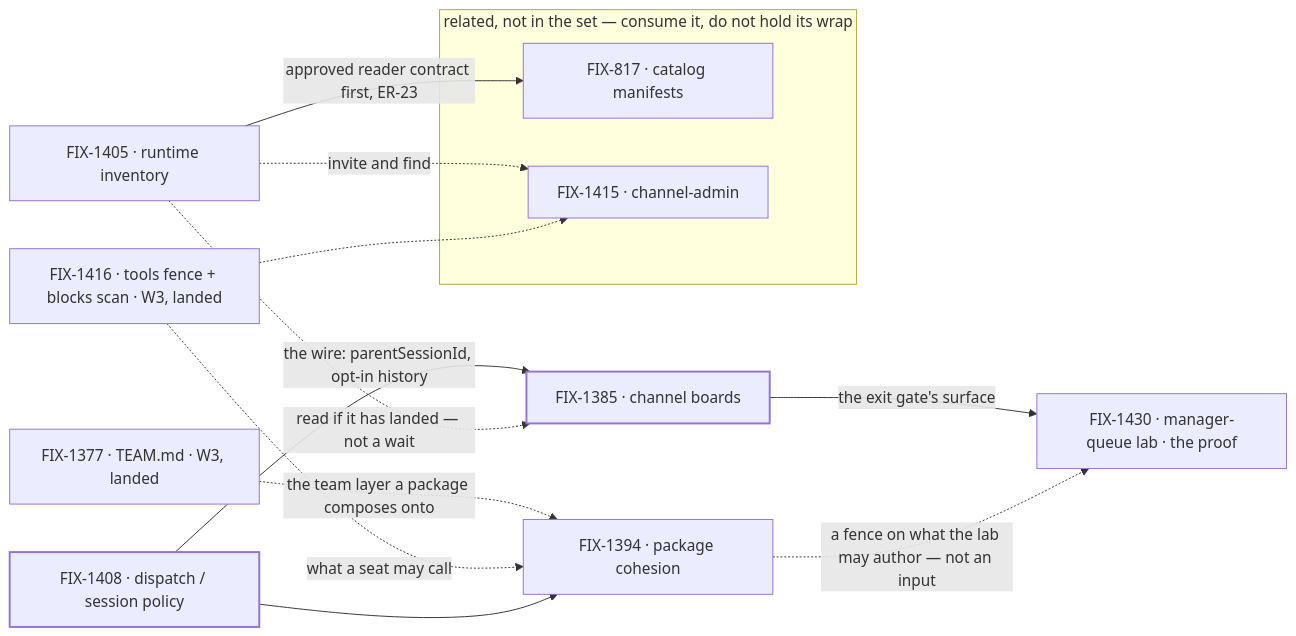
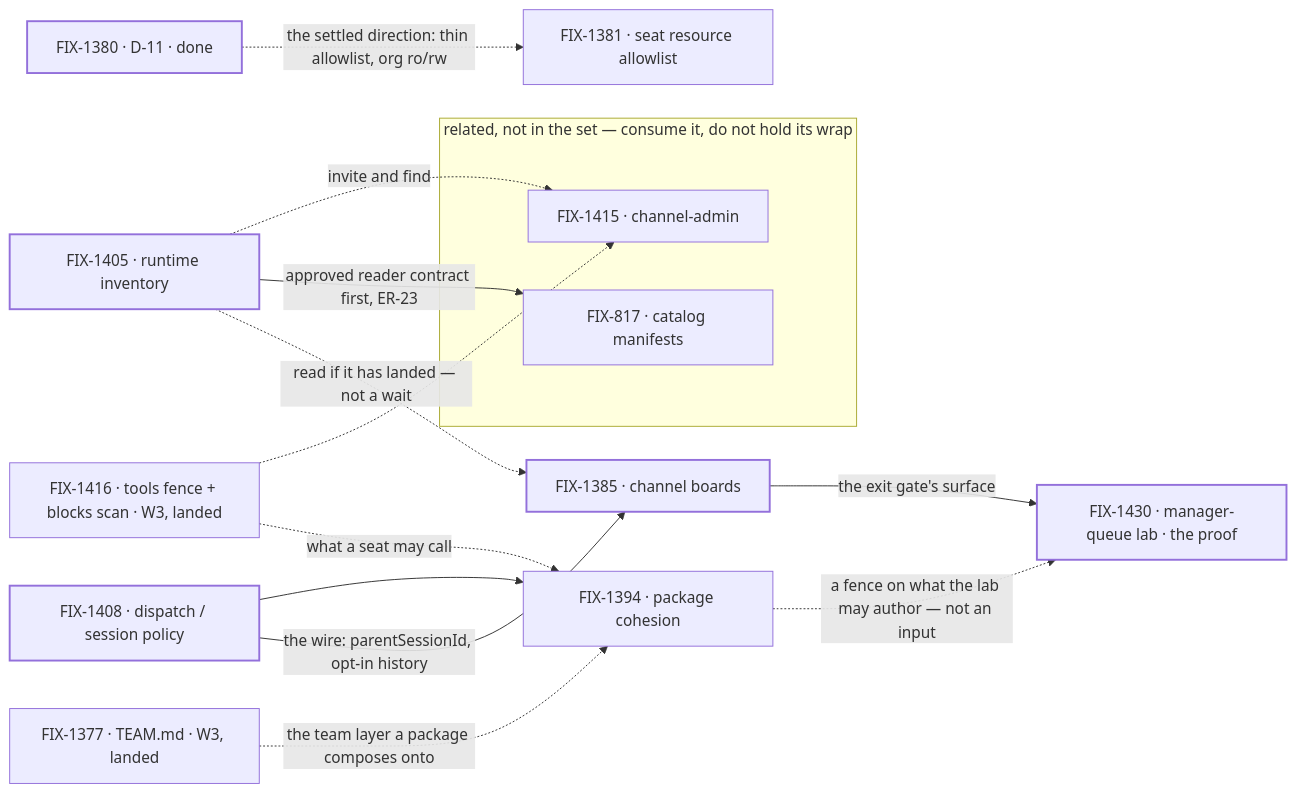
The diagram in spec/_epics/work-routing-package-cohesion/SPEC.md (fixpoint-labs/flow-state-dev), drawn with Mermaid before and after one commit. The commit also changed other lines of this file and 5 other files, not shown here.

````diff
--- a/spec/_epics/work-routing-package-cohesion/SPEC.md
+++ b/spec/_epics/work-routing-package-cohesion/SPEC.md
@@ -88,19 +120,20 @@
 ```mermaid
 flowchart LR
   T377["FIX-1377 · TEAM.md · W3, landed"] -.->|"the team layer a package composes onto"| PK
   T416["FIX-1416 · tools fence + blocks scan · W3, landed"] -.->|"what a seat may call"| PK
   DP["FIX-1408 · dispatch / session policy"] -->|"the wire: parentSessionId, opt-in history"| BD
   DP --> PK["FIX-1394 · package cohesion"]
   INV["FIX-1405 · runtime inventory"] -.->|"read if it has landed — not a wait"| BD["FIX-1385 · channel boards"]
   BD -->|"the exit gate's surface"| LAB["FIX-1430 · manager-queue lab · the proof"]
   PK -.->|"a fence on what the lab may author — not an input"| LAB
+  D11["FIX-1380 · D-11 · done"] -.->|"the settled direction: thin allowlist, org ro/rw"| ACL["FIX-1381 · seat resource allowlist"]
   subgraph REL ["related, not in the set — consume it, do not hold its wrap"]
     CAT["FIX-817 · catalog manifests"]
     ADM["FIX-1415 · channel-admin"]
   end
   INV -->|"approved reader contract first, ER-23"| CAT
   INV -.->|"invite and find"| ADM
   T416 -.-> ADM
   classDef done stroke-width:2px
-  class DP,BD done
+  class DP,BD,INV,LAB,D11 done
 ```
````
